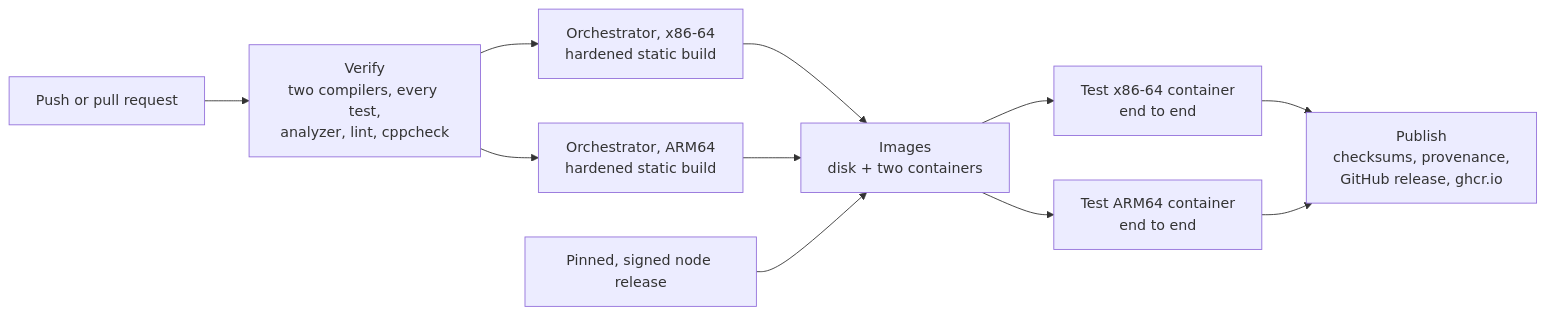
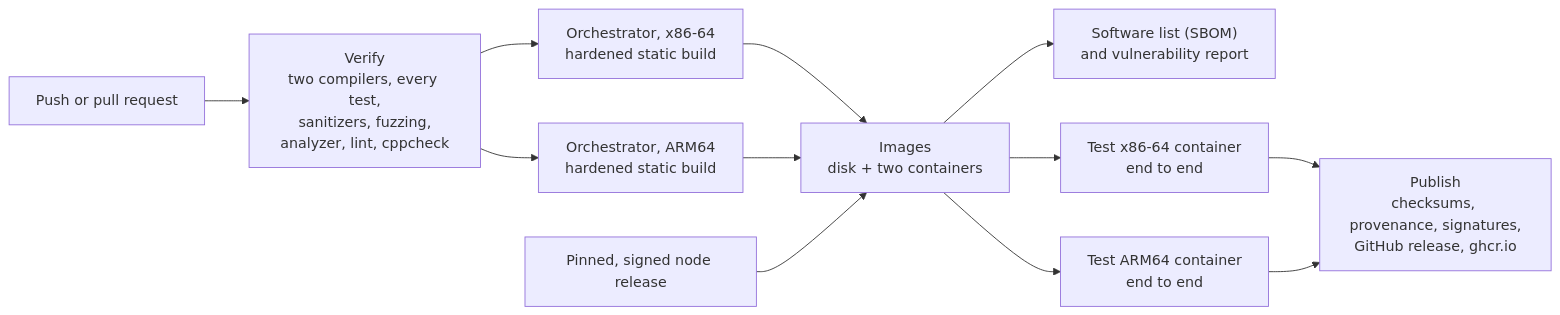
Before and after one commit to FortisNet/node-os: the first of 2 diagrams in docs/releasing.md, drawn with Mermaid. The commit also changed other lines of this file and 30 other files, not shown here.

````diff
--- a/docs/releasing.md
+++ b/docs/releasing.md
@@ -15,13 +15,14 @@
 ```mermaid
 flowchart LR
-    P["Push or pull request"] --> V["Verify<br/>two compilers, every test,<br/>analyzer, lint, cppcheck"]
+    P["Push or pull request"] --> V["Verify<br/>two compilers, every test,<br/>sanitizers, fuzzing,<br/>analyzer, lint, cppcheck"]
     V --> O1["Orchestrator, x86-64<br/>hardened static build"]
     V --> O2["Orchestrator, ARM64<br/>hardened static build"]
     O1 --> I["Images<br/>disk + two containers"]
     O2 --> I
     N["Pinned, signed node release"] --> I
+    I --> B["Software list (SBOM)<br/>and vulnerability report"]
     I --> T1["Test x86-64 container<br/>end to end"]
     I --> T2["Test ARM64 container<br/>end to end"]
-    T1 --> R["Publish<br/>checksums, provenance,<br/>GitHub release, ghcr.io"]
+    T1 --> R["Publish<br/>checksums, provenance, signatures,<br/>GitHub release, ghcr.io"]
     T2 --> R
 ```
````
